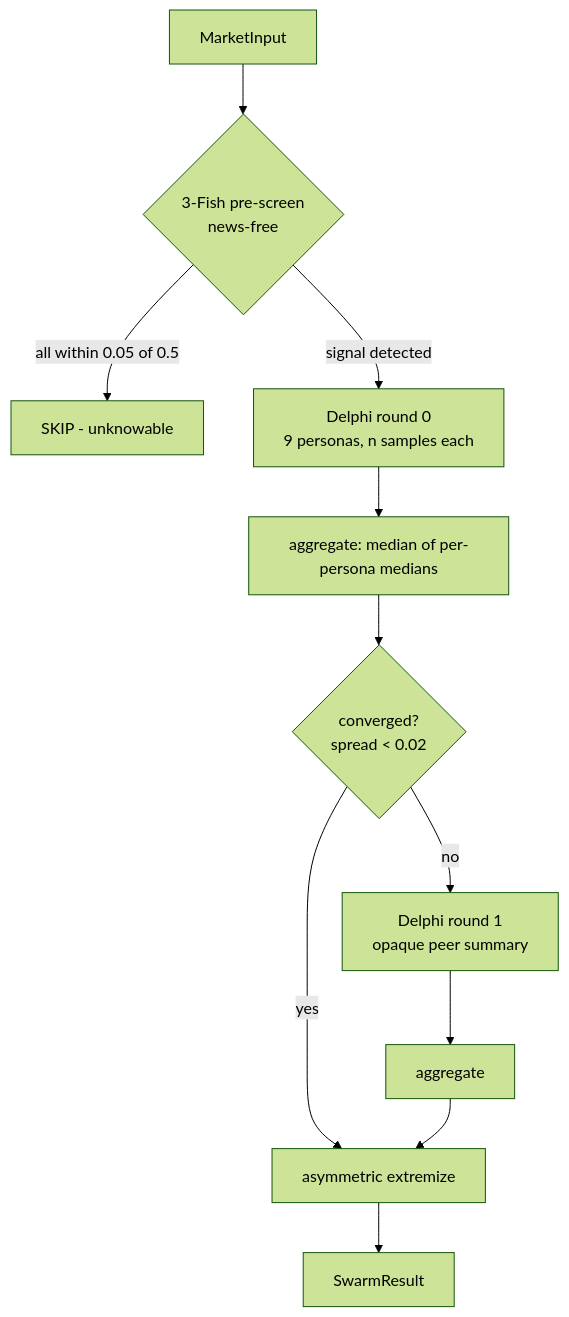
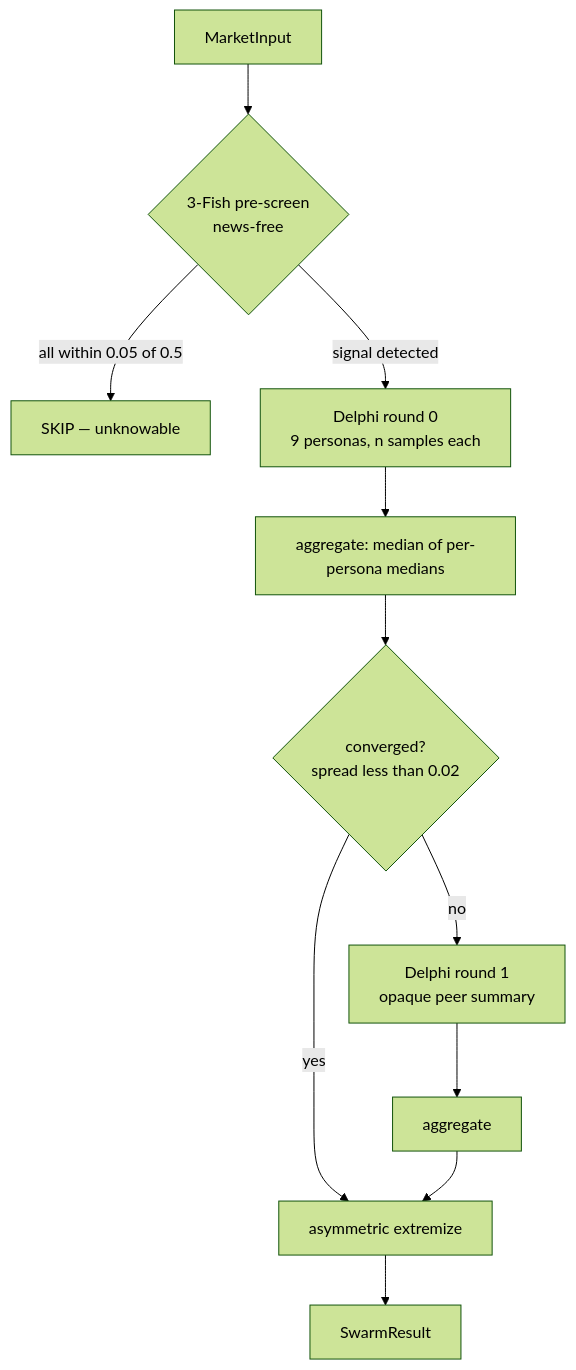
The diagram in docs/docs/swarm.md (ksk5429/quant-notes), drawn with Mermaid (forest theme) before and after one commit. The commit also changed 1 other file, not shown here.

Commit message:
fix: Mermaid 11 syntax — quote labels, drop HTML entities
Two flowcharts in swarm.md and calibration.md failed to parse with the
Mermaid 11.14 error "syntax error in text". Root causes:

1. Unquoted node labels containing punctuation ("SKIP - unknowable",
   "raw LLM prob p_llm") — Mermaid 11's grammar is stricter about what
   counts as an identifier vs literal text inside []. The dash in
   "SKIP - unknowable" and the underscore inside a longer phrase
   confuse the lexer. Quoting the whole label ("...") sidesteps the
   issue entirely.
2. &lt; inside {...} diamond nodes — Mermaid 11 does not decode HTML
   entities inside the curly-brace form. Rewrote as the word "less
   than" in swarm.md (retaining math semantics) and used Unicode "−" /
   literal "<" where safe after quoting.
3. Unquoted edge labels with commas and math operators
   (|alpha * p_iso + 1-alpha * p_market|) — same issue. Quoted all
   edge labels.

The data-model.md ERD already used quoted labels and needed no change.

Ran `mkdocs build` locally: clean, 9.5s. The Material theme auto-loads
mermaid@11 via its bundle.js; no extra config needed beyond the fence
custom_fences hook already in mkdocs.yml.

````diff
--- a/docs/docs/swarm.md
+++ b/docs/docs/swarm.md
@@ -43,13 +43,13 @@
 ```mermaid
 flowchart TD
-    M[MarketInput] --> P{3-Fish pre-screen<br/>news-free}
-    P -->|all within 0.05 of 0.5| S[SKIP - unknowable]
-    P -->|signal detected| D0[Delphi round 0<br/>9 personas, n samples each]
-    D0 --> A0[aggregate: median of per-persona medians]
-    A0 --> C{converged?<br/>spread &lt; 0.02}
-    C -->|yes| X[asymmetric extremize]
-    C -->|no| D1[Delphi round 1<br/>opaque peer summary]
-    D1 --> A1[aggregate]
+    M["MarketInput"] --> P{"3-Fish pre-screen<br/>news-free"}
+    P -->|"all within 0.05 of 0.5"| S["SKIP — unknowable"]
+    P -->|"signal detected"| D0["Delphi round 0<br/>9 personas, n samples each"]
+    D0 --> A0["aggregate: median of per-persona medians"]
+    A0 --> C{"converged?<br/>spread less than 0.02"}
+    C -->|"yes"| X["asymmetric extremize"]
+    C -->|"no"| D1["Delphi round 1<br/>opaque peer summary"]
+    D1 --> A1["aggregate"]
     A1 --> X
-    X --> R[SwarmResult]
+    X --> R["SwarmResult"]
 ```
````
